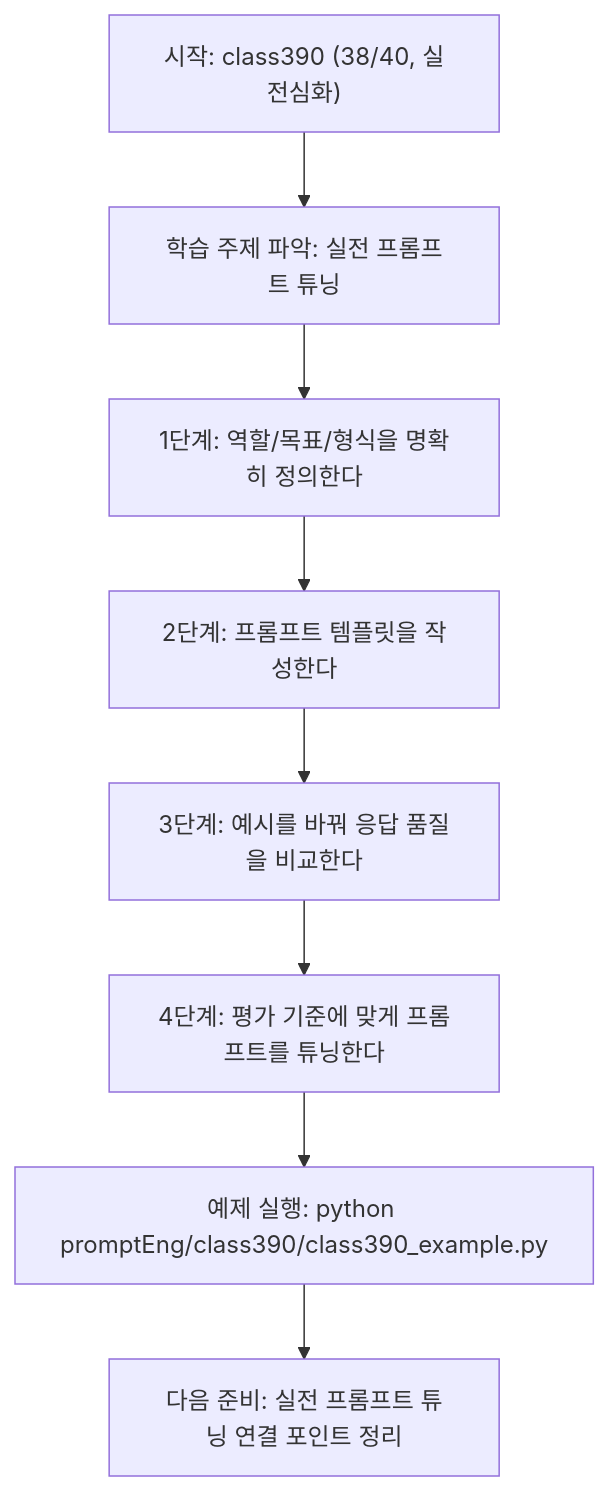
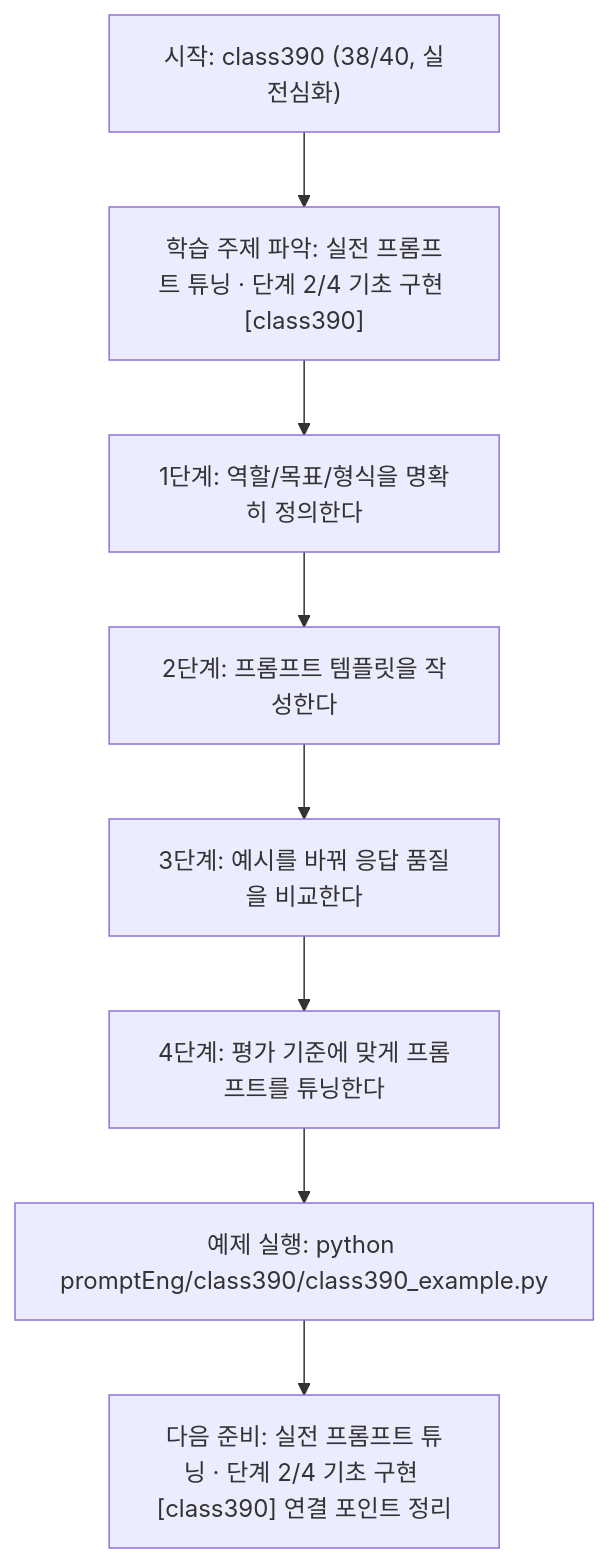
The diagram in promptEng/class390/class390.md (edumgt/Python-AI_Agent-Class), drawn with Mermaid before and after one commit. The commit also changed other lines of this file and 522 other files, not shown here.

````diff
--- a/promptEng/class390/class390.md
+++ b/promptEng/class390/class390.md
@@ -109,18 +110,18 @@
 ```mermaid
 flowchart TD
 N1["시작: class390 (38/40, 실전심화)"]
-N2["학습 주제 파악: 실전 프롬프트 튜닝"]
+N2["학습 주제 파악: 실전 프롬프트 튜닝 · 단계 2/4 기초 구현 [class390]"]
 N3["1단계: 역할/목표/형식을 명확히 정의한다"]
 N4["2단계: 프롬프트 템플릿을 작성한다"]
 N5["3단계: 예시를 바꿔 응답 품질을 비교한다"]
 N6["4단계: 평가 기준에 맞게 프롬프트를 튜닝한다"]
 N7["예제 실행: python promptEng/class390/class390_example.py"]
-N8["다음 준비: 실전 프롬프트 튜닝 연결 포인트 정리"]
+N8["다음 준비: 실전 프롬프트 튜닝 · 단계 2/4 기초 구현 [class390] 연결 포인트 정리"]
 N1 --> N2
 N2 --> N3
 N3 --> N4
 N4 --> N5
 N5 --> N6
 N6 --> N7
 N7 --> N8
 ```
````
